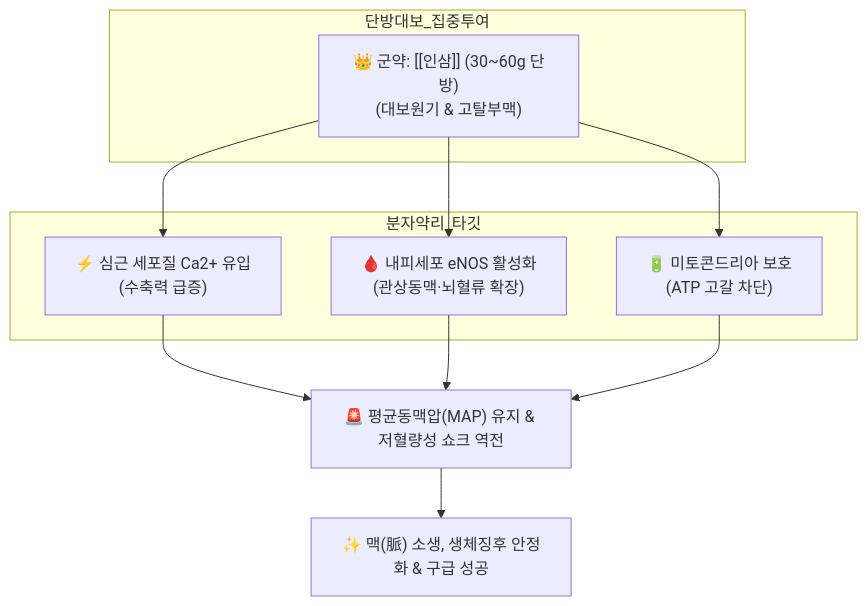
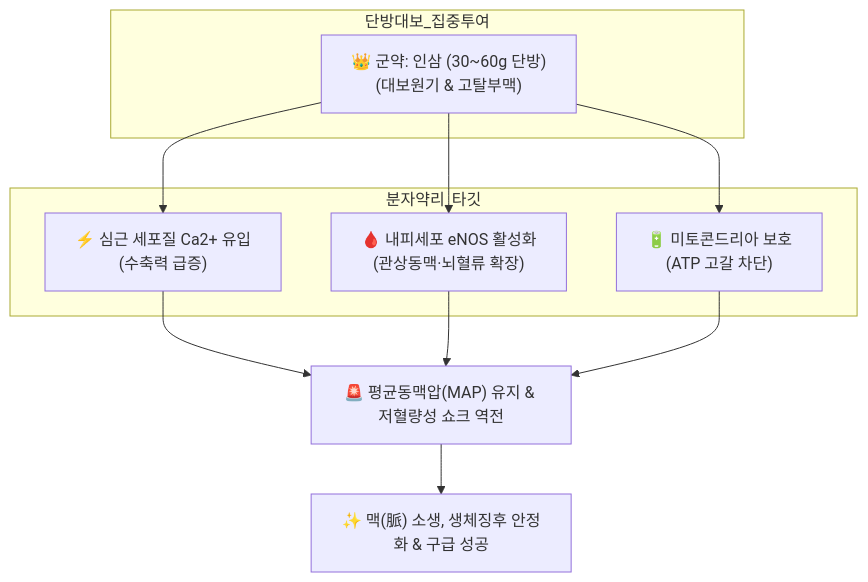
One commit to simbio11/simbio-digital-garden2 changed the diagram in content/2. 약리 공부/처방/02_보익제/독삼탕.md. Above: the diagram before and after it, drawn with Mermaid. The commit also changed other lines of this file and 323 other files, not shown here.

````diff
--- a/content/2. 약리 공부/처방/02_보익제/독삼탕.md
+++ b/content/2. 약리 공부/처방/02_보익제/독삼탕.md
@@ -40,16 +43,16 @@
 ```mermaid
 graph TD
     subgraph 단방대보_집중투여
-        IS["👑 군약: [[인삼]] (30~60g 단방)<br>(대보원기 & 고탈부맥)"]
+        IS["👑 군약: 인삼 (30~60g 단방)<br>(대보원기 & 고탈부맥)"]
     end
     subgraph 분자약리_타깃
         Ca["⚡ 심근 세포질 Ca2+ 유입<br>(수축력 급증)"]
         NO["🩸 내피세포 eNOS 활성화<br>(관상동맥·뇌혈류 확장)"]
         ATP["🔋 미토콘드리아 보호<br>(ATP 고갈 차단)"]
     end
     IS --> Ca
     IS --> NO
     IS --> ATP
     Ca & NO & ATP --> Shock["🚨 평균동맥압(MAP) 유지 & 저혈량성 쇼크 역전"]
     Shock --> Outcome["✨ 맥(脈) 소생, 생체징후 안정화 & 구급 성공"]
 ```
````
